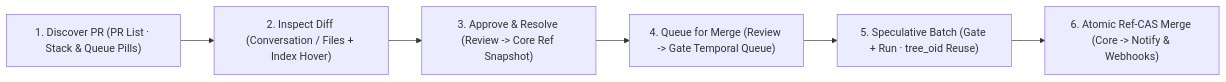
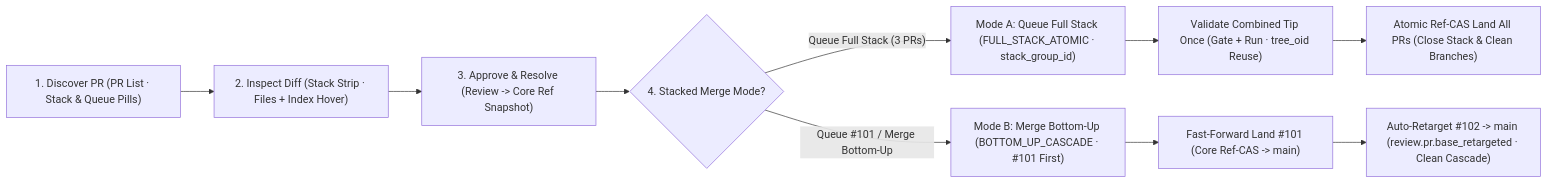
Before and after one commit to stravin-dev/architecture: the diagram in docs/ui/pull-requests.md, drawn with Mermaid. The commit also changed other lines of this file and 7 other files, not shown here.

Commit message:
docs(ui,interfaces): add stacked PR merge modes and full-width responsive breakpoints

````diff
--- a/docs/ui/pull-requests.md
+++ b/docs/ui/pull-requests.md
@@ -31,11 +43,17 @@
 ```mermaid
 flowchart LR
     Discover["1. Discover PR (PR List · Stack & Queue Pills)"]
-    Inspect["2. Inspect Diff (Conversation / Files + Index Hover)"]
+    Inspect["2. Inspect Diff (Stack Strip · Files + Index Hover)"]
     Approve["3. Approve & Resolve (Review -> Core Ref Snapshot)"]
-    Enqueue["4. Queue for Merge (Review -> Gate Temporal Queue)"]
-    Batch["5. Speculative Batch (Gate + Run · tree_oid Reuse)"]
-    Merged["6. Atomic Ref-CAS Merge (Core -> Notify & Webhooks)"]
+    Choice{"4. Stacked Merge Mode?"}
+    FullStack["Mode A: Queue Full Stack (FULL_STACK_ATOMIC · stack_group_id)"]
+    TipValidate["Validate Combined Tip Once (Gate + Run · tree_oid Reuse)"]
+    AtomicLand["Atomic Ref-CAS Land All PRs (Close Stack & Clean Branches)"]
+    BottomUp["Mode B: Merge Bottom-Up (BOTTOM_UP_CASCADE · #101 First)"]
+    FFLand["Fast-Forward Land #101 (Core Ref-CAS -> main)"]
+    Retarget["Auto-Retarget #102 -> main (review.pr.base_retargeted · Clean Cascade)"]
 
-    Discover --> Inspect --> Approve --> Enqueue --> Batch --> Merged
+    Discover --> Inspect --> Approve --> Choice
+    Choice -->|"Queue Full Stack (3 PRs)"| FullStack --> TipValidate --> AtomicLand
+    Choice -->|"Queue #101 / Merge Bottom-Up"| BottomUp --> FFLand --> Retarget
 ```
````
